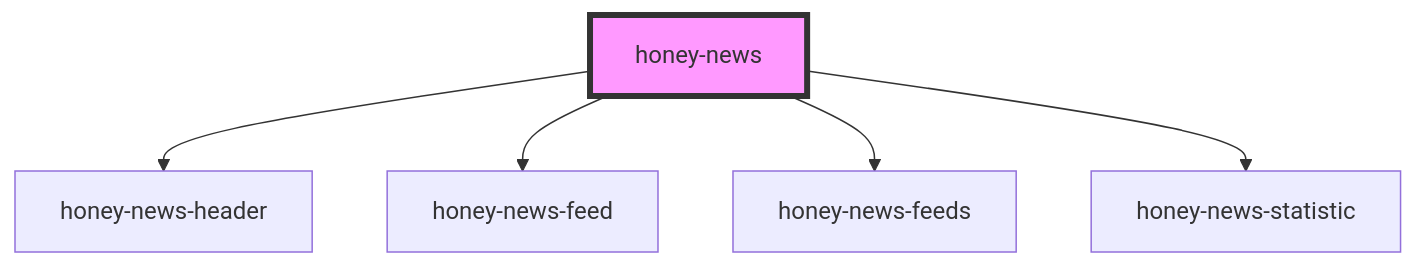
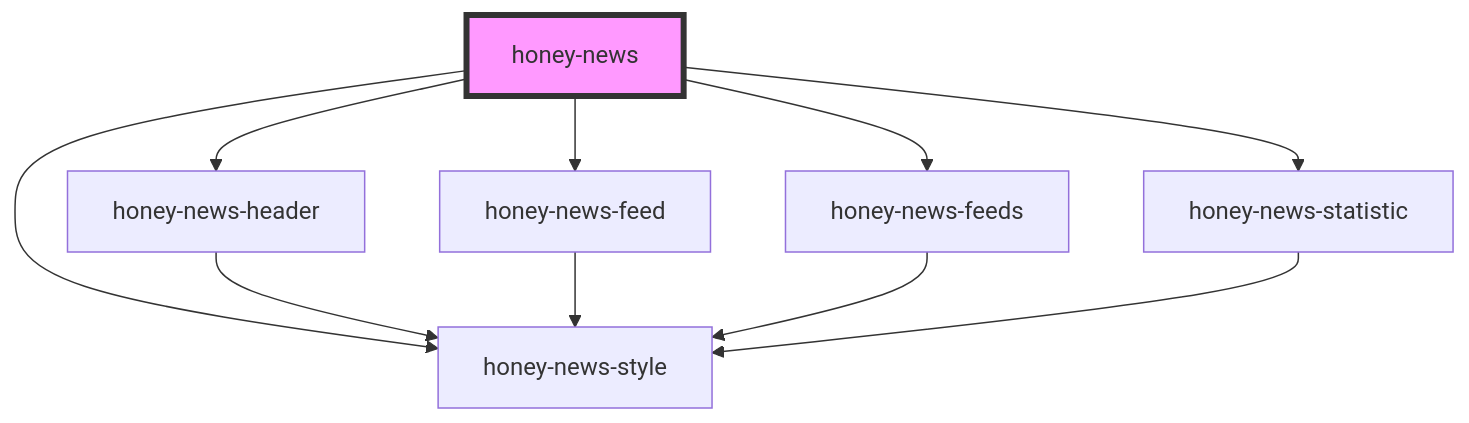
The diagram in src/components/honey-news/readme.md (Huluvu424242/honey-news), drawn with Mermaid before and after one commit. The commit also changed other lines of this file and 30 other files, not shown here.

````diff
--- a/src/components/honey-news/readme.md
+++ b/src/components/honey-news/readme.md
@@ -27,8 +28,13 @@
 ```mermaid
 graph TD;
+  honey-news --> honey-news-style
   honey-news --> honey-news-header
   honey-news --> honey-news-feed
   honey-news --> honey-news-feeds
   honey-news --> honey-news-statistic
+  honey-news-header --> honey-news-style
+  honey-news-feed --> honey-news-style
+  honey-news-feeds --> honey-news-style
+  honey-news-statistic --> honey-news-style
   style honey-news fill:#f9f,stroke:#333,stroke-width:4px
 ```
````
